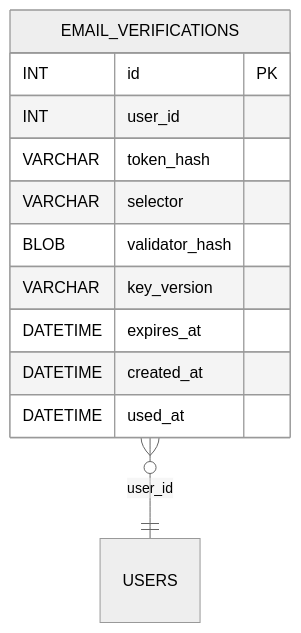
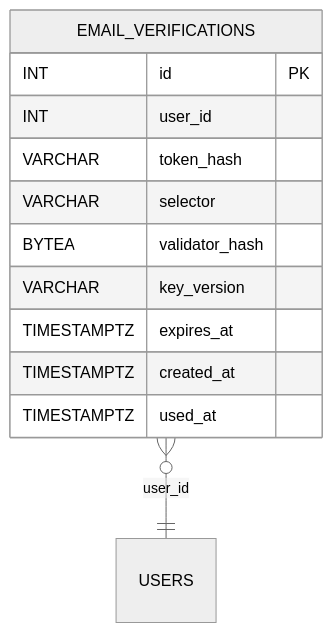
One commit to blackcatdatabase/table-email-verifications changed the diagram in README.md. Above: the diagram before and after it, drawn with Mermaid (neutral theme). The commit also changed other lines of this file and 26 other files, not shown here.

First line of the commit message:
Regen schema (#1)

````diff
--- a/README.md
+++ b/README.md
@@ -55,15 +58,15 @@
 ```mermaid
 erDiagram
   EMAIL_VERIFICATIONS {
     INT id PK
     INT user_id
     VARCHAR token_hash
     VARCHAR selector
-    BLOB validator_hash
+    BYTEA validator_hash
     VARCHAR key_version
-    DATETIME expires_at
-    DATETIME created_at
-    DATETIME used_at
+    TIMESTAMPTZ expires_at
+    TIMESTAMPTZ created_at
+    TIMESTAMPTZ used_at
   }
   EMAIL_VERIFICATIONS }o--|| USERS : "user_id"
 ```
````
